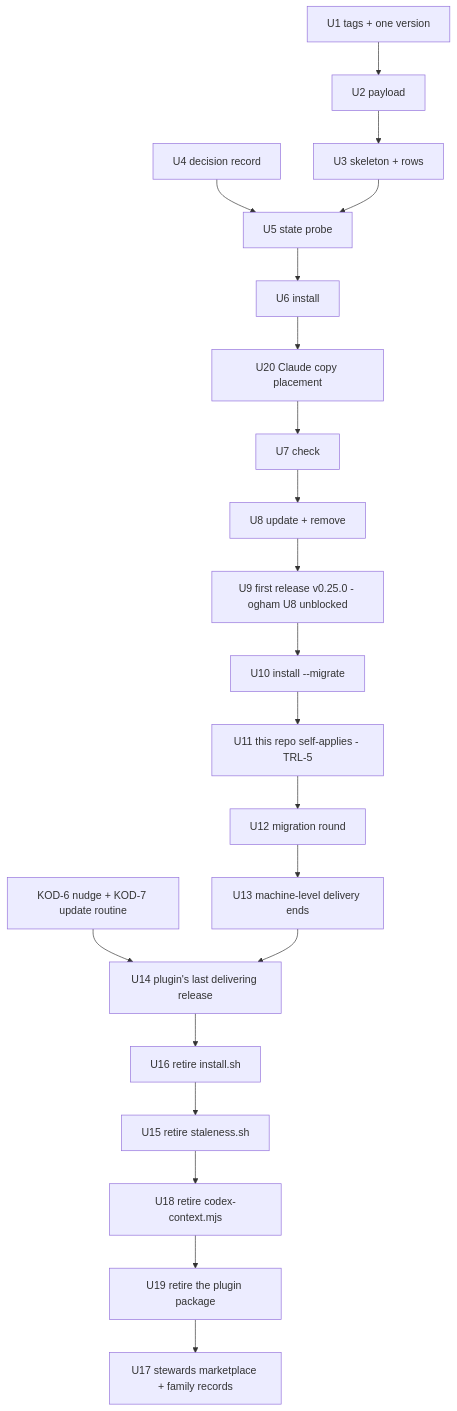
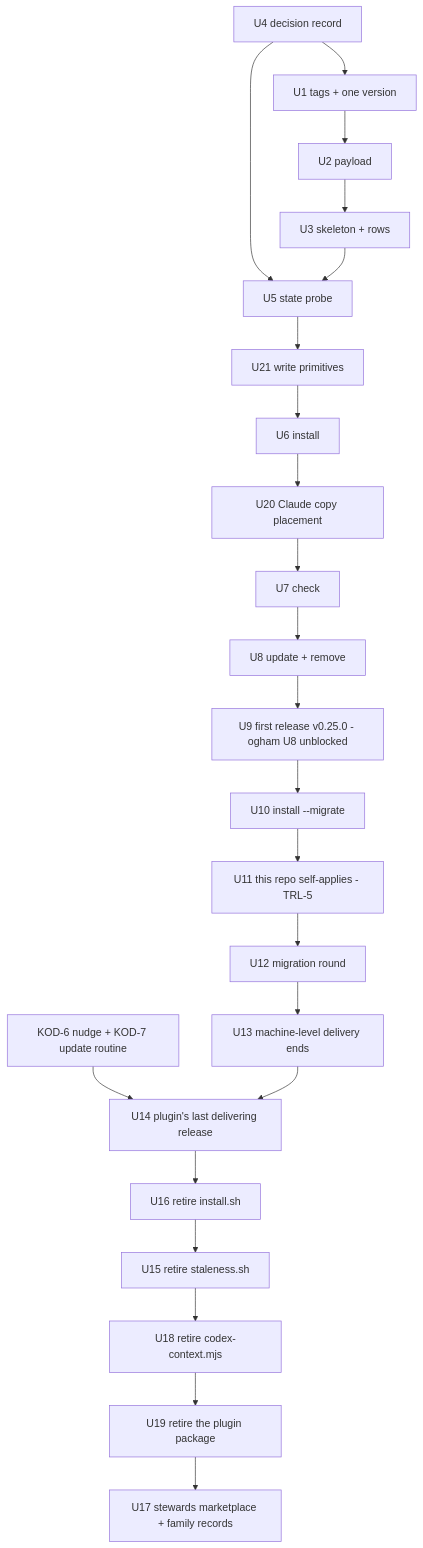
One commit to kodhama/trellis changed the third of 3 diagrams in docs/plans/2026-10-09-1945-refactor-trellis-delivery-direction-plan.md. Above: the diagram before and after it, drawn with Mermaid. The commit also changed other lines of this file, not shown here.

````diff
--- a/docs/plans/2026-10-09-1945-refactor-trellis-delivery-direction-plan.md
+++ b/docs/plans/2026-10-09-1945-refactor-trellis-delivery-direction-plan.md
@@ -319,17 +326,17 @@
 ```mermaid
 flowchart TB
-  U1[U1 tags + one version] --> U2[U2 payload]
+  U4[U4 decision record] --> U1[U1 tags + one version] --> U2[U2 payload]
   U2 --> U3[U3 skeleton + rows]
-  U4[U4 decision record] --> U5[U5 state probe]
-  U3 --> U5 --> U6[U6 install] --> U20[U20 Claude copy placement] --> U7[U7 check] --> U8[U8 update + remove]
+  U4 --> U5[U5 state probe]
+  U3 --> U5 --> U21[U21 write primitives] --> U6[U6 install] --> U20[U20 Claude copy placement] --> U7[U7 check] --> U8[U8 update + remove]
   U8 --> U9[U9 first release v0.25.0 - ogham U8 unblocked]
   U9 --> U10[U10 install --migrate]
   U10 --> U11[U11 this repo self-applies - TRL-5]
   U11 --> U12[U12 migration round]
   U12 --> U13[U13 machine-level delivery ends]
   KOD[KOD-6 nudge + KOD-7 update routine] --> U14[U14 plugin's last delivering release]
   U13 --> U14 --> U16[U16 retire install.sh]
   U16 --> U15[U15 retire staleness.sh] --> U18[U18 retire codex-context.mjs]
   U18 --> U19[U19 retire the plugin package]
   U19 --> U17[U17 stewards marketplace + family records]
 ```
````
